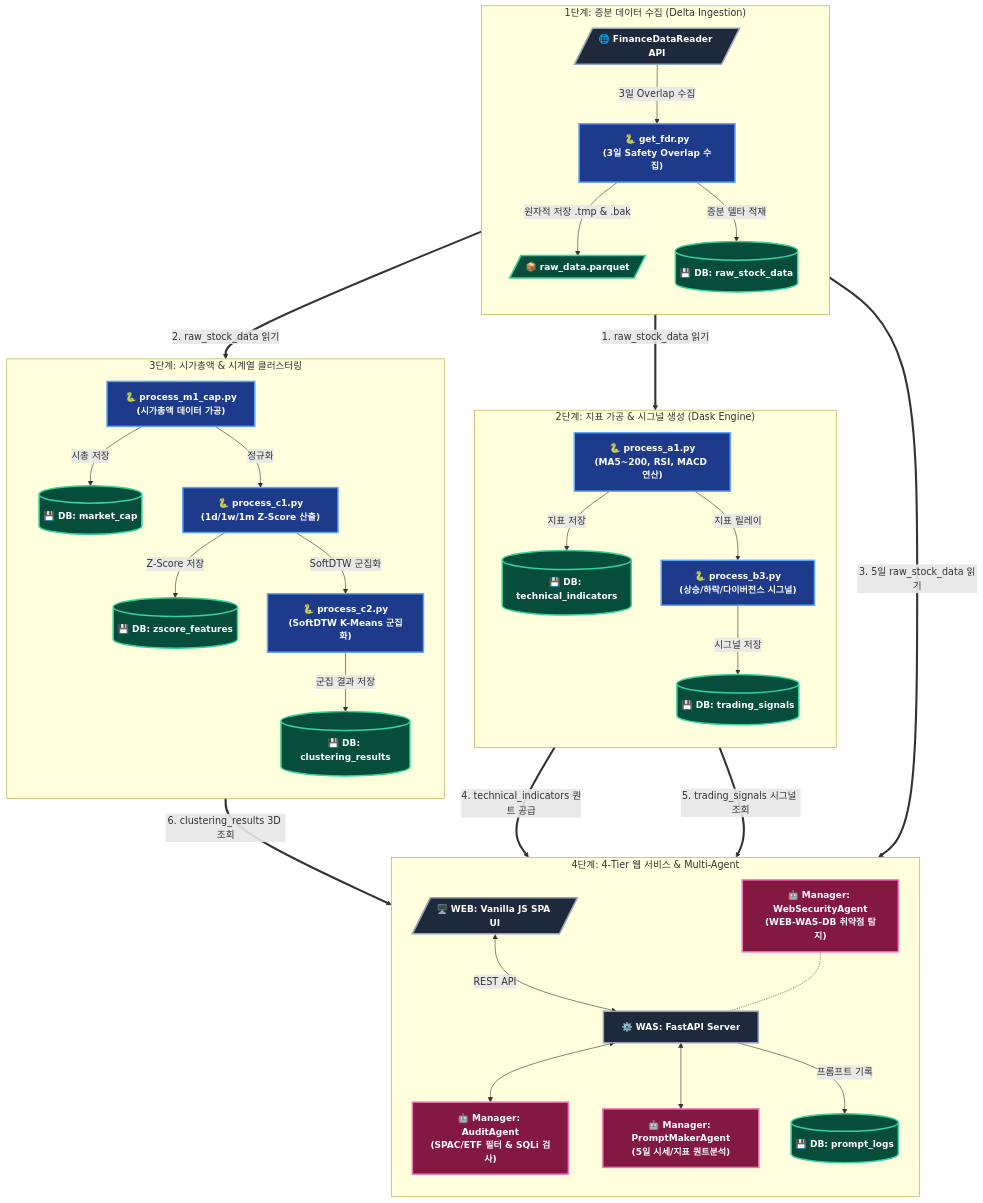
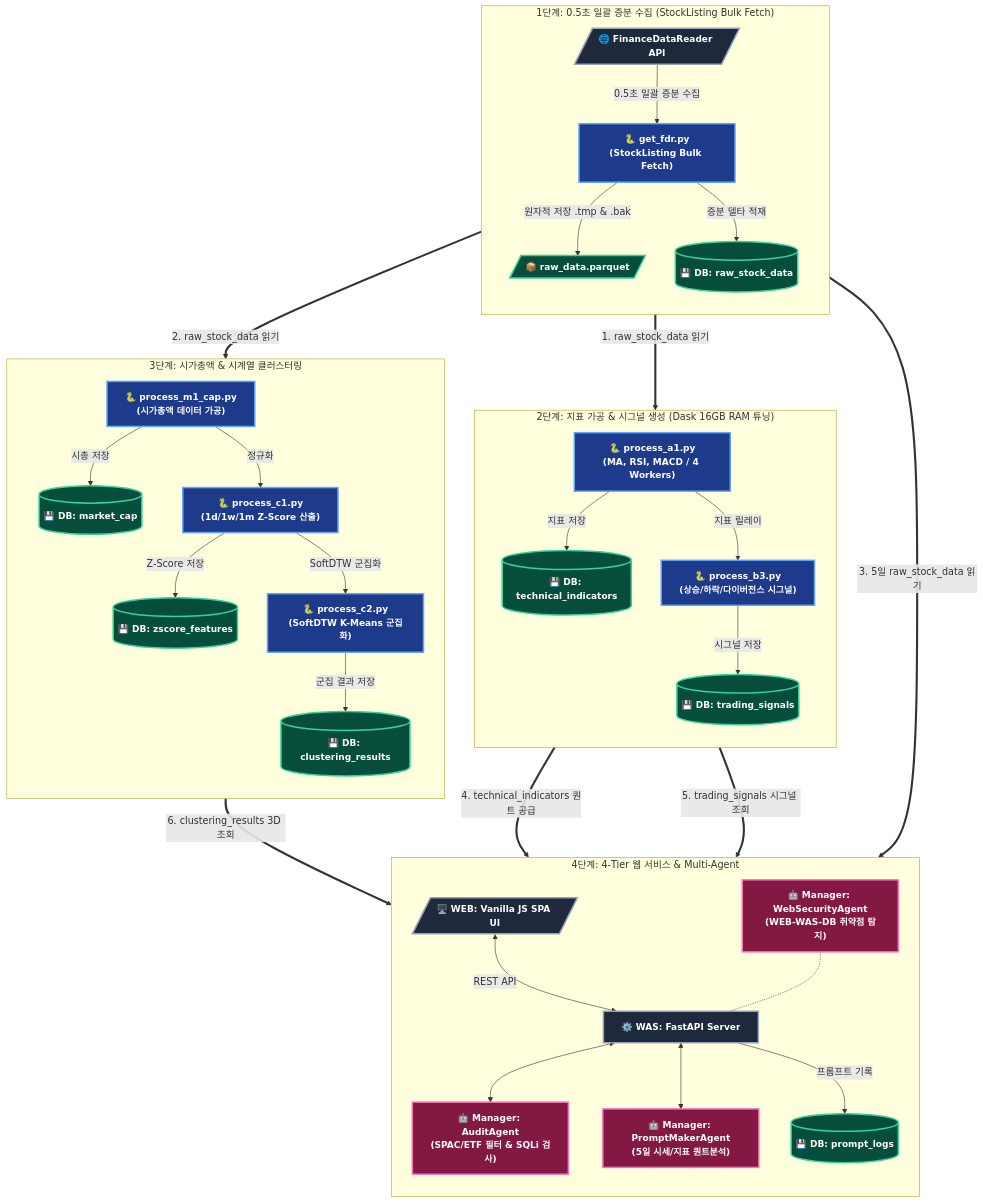
The first of 2 diagrams in README.md (hugingstar/ggeolmu), drawn with Mermaid before and after one commit. The commit also changed other lines of this file, not shown here.

Commit message:
docs: README.md StockListing 0.5초 일괄 증분 수집 및 macOS ulimit/Dask 튜닝 최신화

````diff
--- a/README.md
+++ b/README.md
@@ -14,58 +14,58 @@
 ```mermaid
 flowchart TD
     %% 커스텀 색상 및 폰트 크기 스타일 정의
     classDef pythonEngine fill:#1e3a8a,stroke:#60a5fa,stroke-width:2.5px,color:#ffffff,font-size:15px,font-weight:bold;
     classDef dbStorage fill:#064e3b,stroke:#34d399,stroke-width:2.5px,color:#ffffff,font-size:15px,font-weight:bold;
     classDef agentManager fill:#831843,stroke:#f472b6,stroke-width:2.5px,color:#ffffff,font-size:15px,font-weight:bold;
     classDef webServer fill:#1e293b,stroke:#94a3b8,stroke-width:2.5px,color:#ffffff,font-size:15px,font-weight:bold;
 
     %% 1단계: 증분 수집 및 원자적 적재
-    subgraph Step1 ["1단계: 증분 데이터 수집 (Delta Ingestion)"]
+    subgraph Step1 ["1단계: 0.5초 일괄 증분 수집 (StockListing Bulk Fetch)"]
         direction TB
-        FDR[/"🌐 FinanceDataReader API"/] -->|3일 Overlap 수집| GetFDR["🐍 get_fdr.py<br>(3일 Safety Overlap 수집)"]
+        FDR[/"🌐 FinanceDataReader API"/] -->|0.5초 일괄 증분 수집| GetFDR["🐍 get_fdr.py<br>(StockListing Bulk Fetch)"]
         GetFDR -->|원자적 저장 .tmp & .bak| RawParquet[/"📦 raw_data.parquet"/]
         GetFDR -->|증분 델타 적재| DB_Raw[("💾 DB: raw_stock_data")]
     end
 
     %% 2단계: 기술적 지표 및 시그널 연산
-    subgraph Step2 ["2단계: 지표 가공 & 시그널 생성 (Dask Engine)"]
+    subgraph Step2 ["2단계: 지표 가공 & 시그널 생성 (Dask 16GB RAM 튜닝)"]
         direction TB
-        ProcessA1["🐍 process_a1.py<br>(MA5~200, RSI, MACD 연산)"] -->|지표 저장| DB_Tech[("💾 DB: technical_indicators")]
+        ProcessA1["🐍 process_a1.py<br>(MA, RSI, MACD / 4 Workers)"] -->|지표 저장| DB_Tech[("💾 DB: technical_indicators")]
         ProcessA1 -->|지표 릴레이| ProcessB3["🐍 process_b3.py<br>(상승/하락/다이버전스 시그널)"]
         ProcessB3 -->|시그널 저장| DB_Signal[("💾 DB: trading_signals")]
     end
 
     %% 3단계: 시계열 클러스터링
     subgraph Step3 ["3단계: 시가총액 & 시계열 클러스터링"]
         direction TB
         ProcessM1["🐍 process_m1_cap.py<br>(시가총액 데이터 가공)"] -->|시총 저장| DB_Cap[("💾 DB: market_cap")]
         ProcessM1 -->|정규화| ProcessC1["🐍 process_c1.py<br>(1d/1w/1m Z-Score 산출)"]
         ProcessC1 -->|Z-Score 저장| DB_ZScore[("💾 DB: zscore_features")]
         ProcessC1 -->|SoftDTW 군집화| ProcessC2["🐍 process_c2.py<br>(SoftDTW K-Means 군집화)"]
         ProcessC2 -->|군집 결과 저장| DB_Cluster[("💾 DB: clustering_results")]
     end
 
     %% 4단계: 4-Tier 웹 서비스 & 멀티 에이전트
     subgraph Step4 ["4단계: 4-Tier 웹 서비스 & Multi-Agent"]
         direction TB
         UI[/"🖥️ WEB: Vanilla JS SPA UI"/] <-->|REST API| WAS["⚙️ WAS: FastAPI Server"]
         WAS <--> Audit["🤖 Manager: AuditAgent<br>(SPAC/ETF 필터 & SQLi 검사)"]
         WAS <--> PromptAgent["🤖 Manager: PromptMakerAgent<br>(5일 시세/지표 퀀트분석)"]
         WAS -->|프롬프트 기록| DB_Logs[("💾 DB: prompt_logs")]
         SecAgent["🤖 Manager: WebSecurityAgent<br>(WEB-WAS-DB 취약점 탐지)"] -.- WAS
     end
 
     %% [DB 핀포인트 흐름 연계선 (어떤 DB -> 어떤 DB/모듈)]
     DB_Raw ==>|1. raw_stock_data 읽기| ProcessA1
     DB_Raw ==>|2. raw_stock_data 읽기| ProcessM1
     DB_Raw ==>|3. 5일 raw_stock_data 읽기| PromptAgent
     DB_Tech ==>|4. technical_indicators 퀀트 공급| PromptAgent
     DB_Signal ==>|5. trading_signals 시그널 조회| WAS
     DB_Cluster ==>|6. clustering_results 3D 조회| WAS
 
     %% 노드 스타일 지정 (.py: 파란색, DB: 녹색, 에이전트: 핑크, Web/WAS: 슬레이트)
     class GetFDR,ProcessA1,ProcessB3,ProcessM1,ProcessC1,ProcessC2 pythonEngine;
     class DB_Raw,DB_Tech,DB_Signal,DB_Cap,DB_ZScore,DB_Cluster,DB_Logs,RawParquet dbStorage;
     class Audit,PromptAgent,SecAgent agentManager;
     class UI,WAS,FDR webServer;
 ```
````
